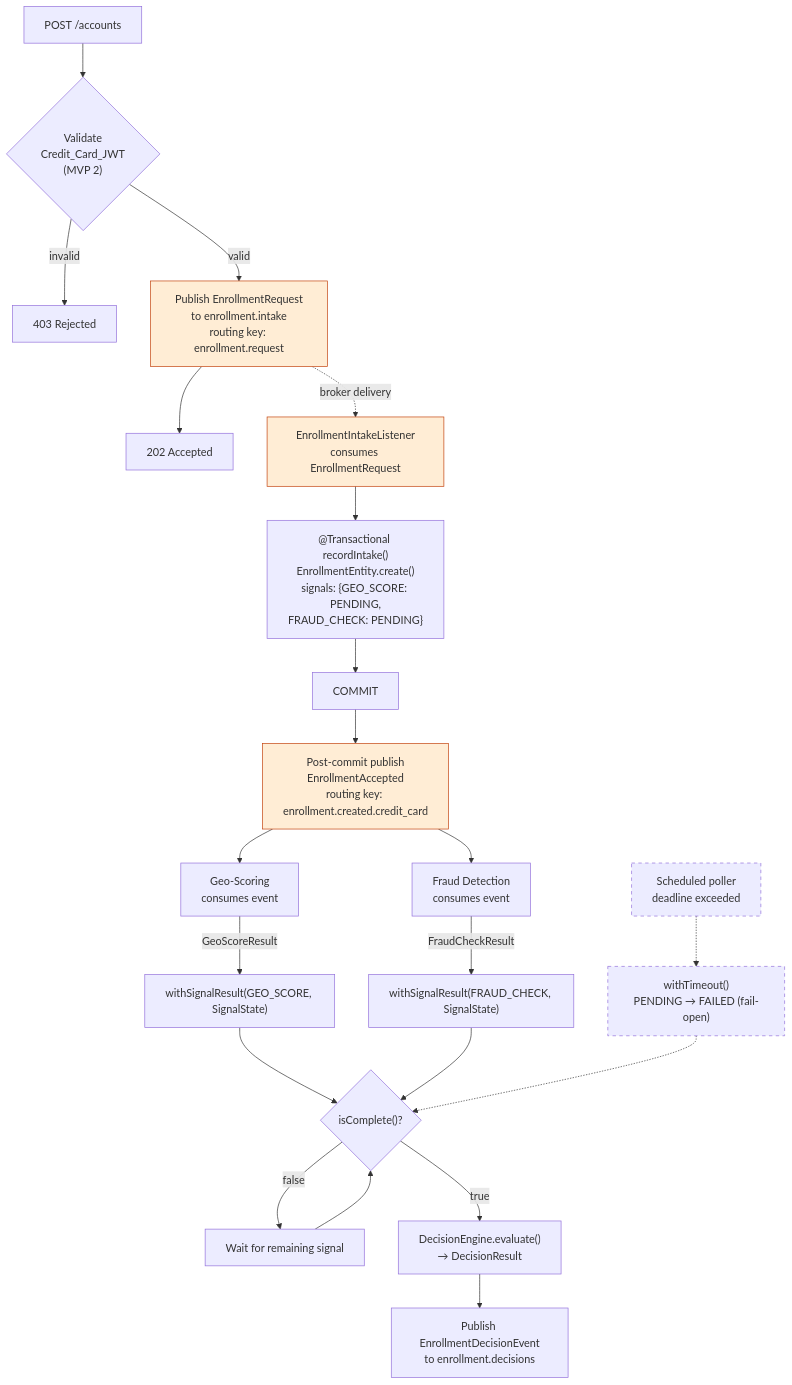
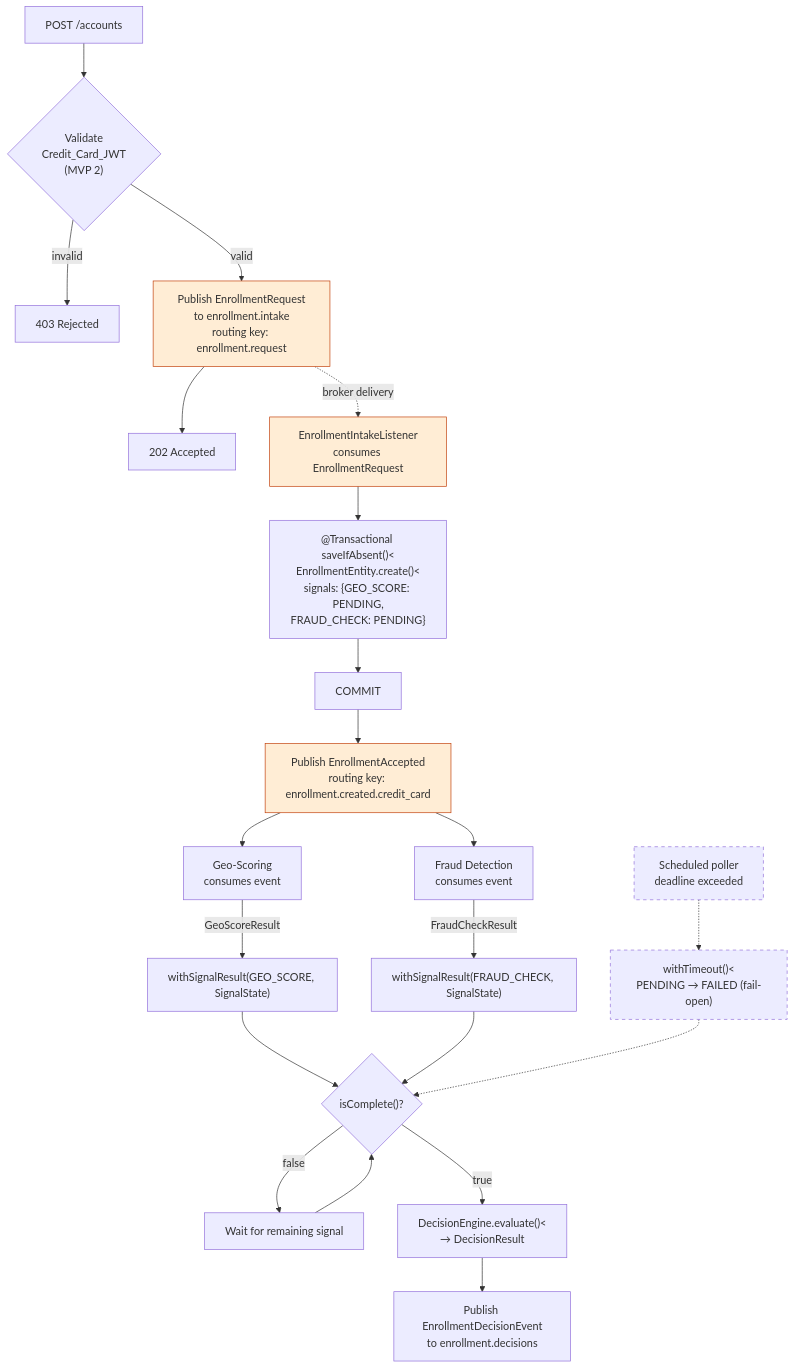
One commit to angelasindic/enrollment-hub changed the diagram in decision-engine/design.md. Above: the diagram before and after it, drawn with Mermaid. The commit also changed other lines of this file and 7 other files, not shown here.

````diff
--- a/decision-engine/design.md
+++ b/decision-engine/design.md
@@ -249,36 +259,36 @@
 ```mermaid
 flowchart TD
     POST["POST /accounts"] --> validate{"Validate<br/>Credit_Card_JWT<br/>(MVP 2)"}
     validate -- invalid --> reject["403 Rejected"]
     validate -- valid --> intakePub["Publish EnrollmentRequest<br/>to enrollment.intake<br/>routing key: enrollment.request"]
     intakePub --> http202["202 Accepted"]
 
     intakePub -.->|broker delivery| intakeListen["EnrollmentIntakeListener<br/>consumes EnrollmentRequest"]
-    intakeListen --> startTx["@Transactional recordIntake()<br/>EnrollmentEntity.create()<br/>signals: {GEO_SCORE: PENDING,<br/>FRAUD_CHECK: PENDING}"]
+    intakeListen --> startTx["@Transactional saveIfAbsent()<<br/>EnrollmentEntity.create()<<br/>signals: {GEO_SCORE: PENDING,<br/>FRAUD_CHECK: PENDING}"]
     startTx --> commit["COMMIT"]
-    commit --> postCommit["Post-commit publish<br/>EnrollmentAccepted<br/>routing key: enrollment.created.credit_card"]
+    commit --> postCommit["Publish EnrollmentAccepted<br/>routing key: enrollment.created.credit_card"]
 
     postCommit --> geo["Geo-Scoring<br/>consumes event"]
     postCommit --> fraud["Fraud Detection<br/>consumes event"]
 
     geo -- "GeoScoreResult" --> wGeo["withSignalResult(GEO_SCORE, SignalState)"]
     fraud -- "FraudCheckResult" --> wFraud["withSignalResult(FRAUD_CHECK, SignalState)"]
 
     wGeo --> complete{"isComplete()?"}
     wFraud --> complete
 
     complete -- "false" --> wait["Wait for remaining signal"]
     wait --> complete
 
-    complete -- "true" --> decision["DecisionEngine.evaluate()<br/>→ DecisionResult"]
+    complete -- "true" --> decision["DecisionEngine.evaluate()<<br/>→ DecisionResult"]
     decision --> event["Publish EnrollmentDecisionEvent<br/>to enrollment.decisions"]
 
-    timeout["Scheduled poller<br/>deadline exceeded"] -.-> wTimeout["withTimeout()<br/>PENDING → FAILED (fail-open)"]
+    timeout["Scheduled poller<br/>deadline exceeded"] -.-> wTimeout["withTimeout()<<br/>PENDING → FAILED (fail-open)"]
     wTimeout -.-> complete
 
     style timeout stroke-dasharray: 5 5
     style wTimeout stroke-dasharray: 5 5
     style intakePub fill:#ffedd5,stroke:#c2410c
     style intakeListen fill:#ffedd5,stroke:#c2410c
     style postCommit fill:#ffedd5,stroke:#c2410c
 ```
````
